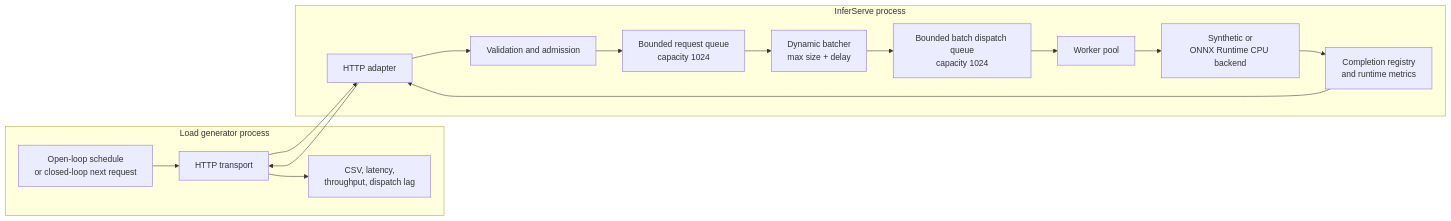
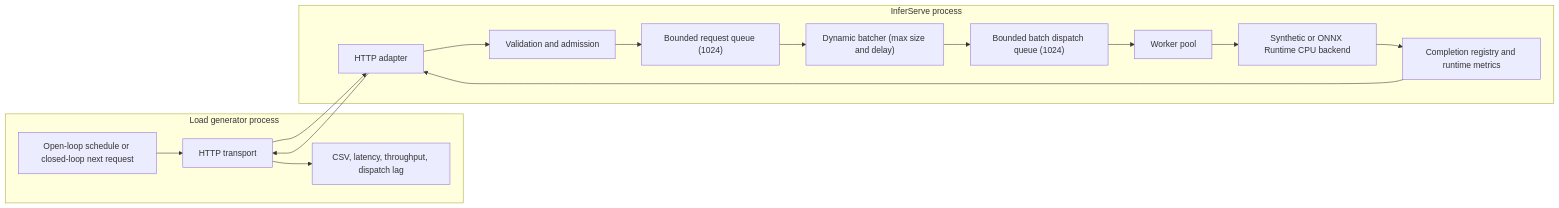
One commit to Sumdiboii/inferserve-low-latency-inference changed the diagram in README.md. Above: the diagram before and after it, drawn with Mermaid. The commit also changed other lines of this file, not shown here.

Commit message:
Refine README content
Updated the README to enhance clarity and detail regarding the load generator and InferServe processes. Revised the AI assistance section to better reflect its role in the project.

````diff
--- a/README.md
+++ b/README.md
@@ -96,25 +96,26 @@
 ```mermaid
 flowchart LR
-    subgraph Generator[Load generator process]
-        Schedule[Open-loop schedule<br/>or closed-loop next request]
-        HTTPClient[HTTP transport]
-        ClientStats[CSV, latency,<br/>throughput, dispatch lag]
+    subgraph Generator["Load generator process"]
+        Schedule["Open-loop schedule or closed-loop next request"]
+        HTTPClient["HTTP transport"]
+        ClientStats["CSV, latency, throughput, dispatch lag"]
         Schedule --> HTTPClient --> ClientStats
     end
 
-    subgraph Server[InferServe process]
-        Adapter[HTTP adapter]
-        Admission[Validation and admission]
-        RequestQueue[Bounded request queue<br/>capacity 1024]
-        Batcher[Dynamic batcher<br/>max size + delay]
-        DispatchQueue[Bounded batch dispatch queue<br/>capacity 1024]
-        Workers[Worker pool]
-        Backend[Synthetic or<br/>ONNX Runtime CPU backend]
-        Completion[Completion registry<br/>and runtime metrics]
+    subgraph Server["InferServe process"]
+        Adapter["HTTP adapter"]
+        Admission["Validation and admission"]
+        RequestQueue["Bounded request queue (1024)"]
+        Batcher["Dynamic batcher (max size and delay)"]
+        DispatchQueue["Bounded batch dispatch queue (1024)"]
+        Workers["Worker pool"]
+        Backend["Synthetic or ONNX Runtime CPU backend"]
+        Completion["Completion registry and runtime metrics"]
+
         Adapter --> Admission --> RequestQueue --> Batcher --> DispatchQueue --> Workers --> Backend --> Completion
         Completion --> Adapter
     end
 
     HTTPClient --> Adapter
     Adapter --> HTTPClient
 ```
````
